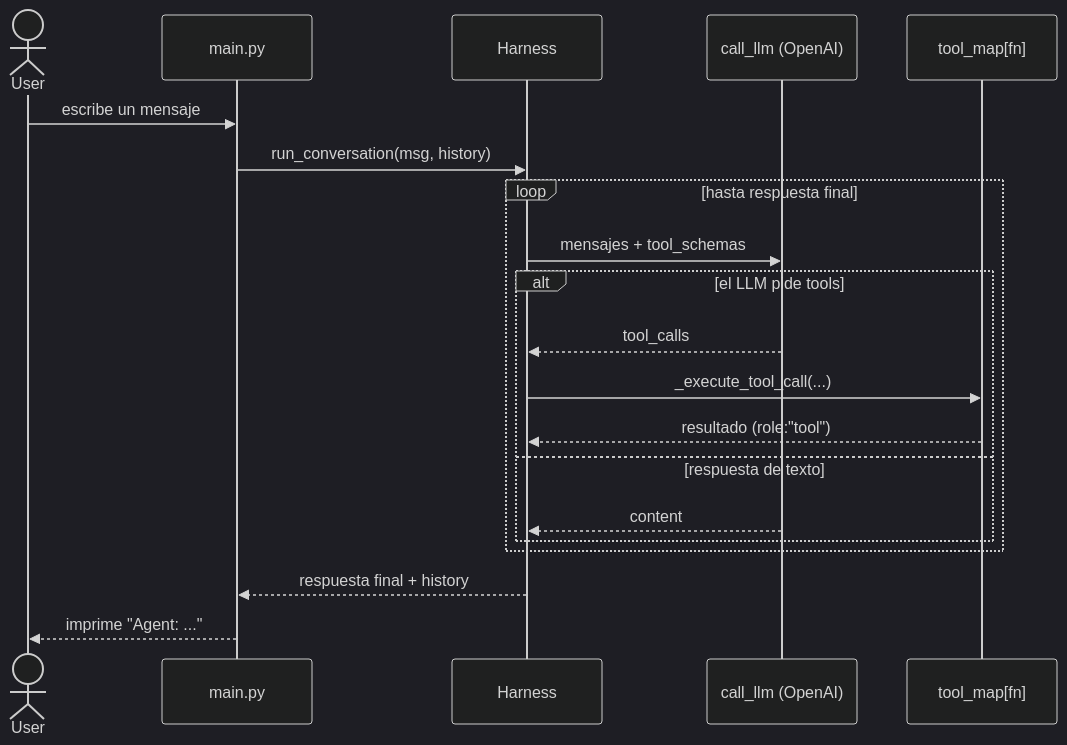
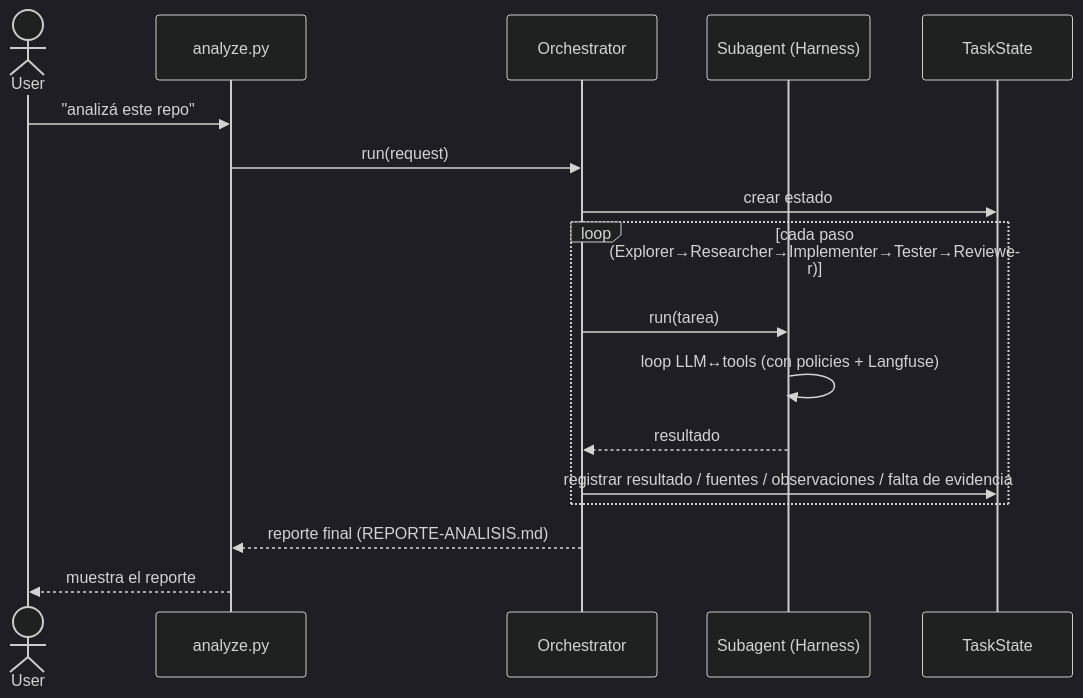
Before and after one commit to n-mangini/coding-agent: the third of 3 diagrams in README.md, drawn with Mermaid (dark theme). The commit also changed other lines of this file, not shown here.

````diff
--- a/README.md
+++ b/README.md
@@ -78,23 +122,20 @@
 ```mermaid
 sequenceDiagram
     actor User
-    participant Main as main.py
-    participant H as Harness
-    participant LLM as call_llm (OpenAI)
-    participant Tool as tool_map[fn]
+    participant An as analyze.py
+    participant O as Orchestrator
+    participant S as Subagent (Harness)
+    participant ST as TaskState
 
-    User->>Main: escribe un mensaje
-    Main->>H: run_conversation(msg, history)
-    loop hasta respuesta final
-        H->>LLM: mensajes + tool_schemas
-        alt el LLM pide tools
-            LLM-->>H: tool_calls
-            H->>Tool: _execute_tool_call(...)
-            Tool-->>H: resultado (role:"tool")
-        else respuesta de texto
-            LLM-->>H: content
-        end
+    User->>An: "analizá este repo"
+    An->>O: run(request)
+    O->>ST: crear estado
+    loop cada paso (Explorer→Researcher→Implementer→Tester→Reviewer)
+        O->>S: run(tarea)
+        S->>S: loop LLM↔tools (con policies + Langfuse)
+        S-->>O: resultado
+        O->>ST: registrar resultado / fuentes / observaciones / falta de evidencia
     end
-    H-->>Main: respuesta final + history
-    Main-->>User: imprime "Agent: ..."
+    O-->>An: reporte final (REPORTE-ANALISIS.md)
+    An-->>User: muestra el reporte
 ```
````
